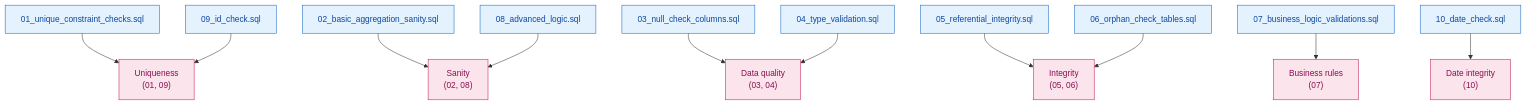
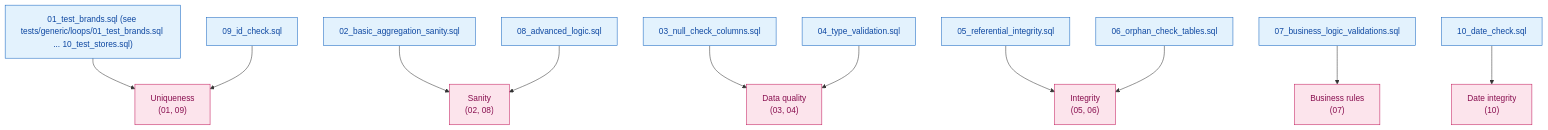
Before and after one commit to Nitinx12/Bike-Store-Relational-Database: the second of 3 diagrams in docs/testing.md, drawn with Mermaid. The commit also changed other lines of this file and 39 other files, not shown here.

````diff
--- a/docs/testing.md
+++ b/docs/testing.md
@@ -36,35 +36,35 @@
 ```mermaid
 flowchart TD
     classDef file fill:#e3f2fd,stroke:#1565c0,color:#0d47a1
     classDef check fill:#fff8e1,stroke:#f9a825,color:#5d4037
     classDef cat fill:#fce4ec,stroke:#c2185b,color:#880e4f
 
-    A["01_unique_constraint_checks.sql"]:::file
+    A["01_test_brands.sql (see tests/generic/loops/01_test_brands.sql ... 10_test_stores.sql)"]:::file
     B["02_basic_aggregation_sanity.sql"]:::file
     C["03_null_check_columns.sql"]:::file
     D["04_type_validation.sql"]:::file
     E["05_referential_integrity.sql"]:::file
     F["06_orphan_check_tables.sql"]:::file
     G["07_business_logic_validations.sql"]:::file
     H["08_advanced_logic.sql"]:::file
     I["09_id_check.sql"]:::file
     J["10_date_check.sql"]:::file
 
     K["Uniqueness<br/>(01, 09)"]:::cat
     L["Integrity<br/>(05, 06)"]:::cat
     M["Sanity<br/>(02, 08)"]:::cat
     N["Data quality<br/>(03, 04)"]:::cat
     O["Business rules<br/>(07)"]:::cat
     P["Date integrity<br/>(10)"]:::cat
 
     A --> K
     B --> M
     C --> N
     D --> N
     E --> L
     F --> L
     G --> O
     H --> M
     I --> K
     J --> P
 ```
````
